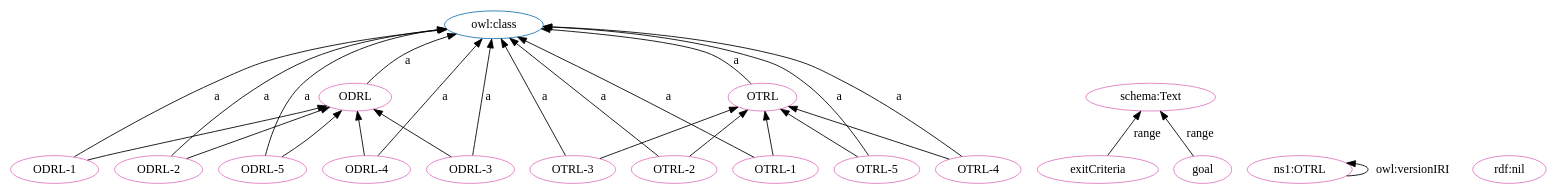
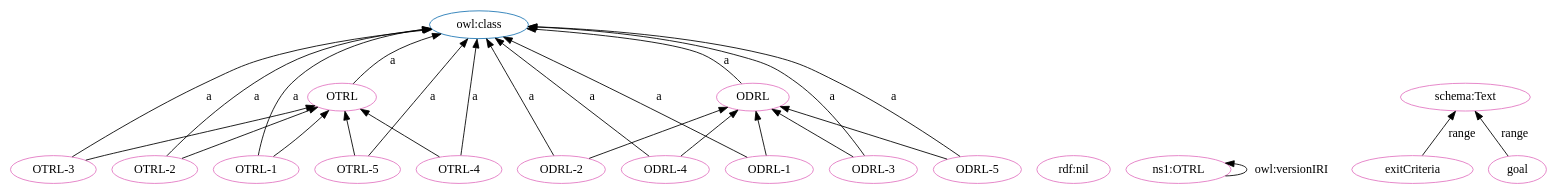
Before and after one commit to OPEN-NEXT/OKH-LOSH: the diagram in OTRL-clean.dot, drawn with Graphviz. The commit also changed other lines of this file and 15 other files, not shown here.

```diff
--- a/OTRL-clean.dot
+++ b/OTRL-clean.dot
@@ -1,49 +1,49 @@
 digraph G {
   rankdir=BT
   node[height=.3]
-"http://purl.org/oseg/ontologies/OTRL#ODRL" [fillcolor="#1f77b4" color="#1f77b4" label="ODRL"]
 "http://www.w3.org/2002/07/owl#class" [fillcolor="#1f77b4" color="#1f77b4" label="owl:class"]
 "http://purl.org/oseg/ontologies/OTRL#OTRL" [fillcolor="#1f77b4" color="#1f77b4" label="OTRL"]
-"http://schema.org/Text" [fillcolor="#e377c2" color="#e377c2" label="schema:Text"]
+"http://purl.org/oseg/ontologies/OTRL#ODRL" [fillcolor="#1f77b4" color="#1f77b4" label="ODRL"]
+"http://purl.org/oseg/ontologies/OTRL#ODRL" [fillcolor="#e377c2" color="#e377c2" label="ODRL"]
+"http://purl.org/oseg/ontologies/OTRL#OTRL" [fillcolor="#e377c2" color="#e377c2" label="OTRL"]
+"http://purl.org/oseg/ontologies/OTRL#ODRL-4" [fillcolor="#e377c2" color="#e377c2" label="ODRL-4"]
+"http://www.w3.org/1999/02/22-rdf-syntax-ns#nil" [fillcolor="#e377c2" color="#e377c2" label="rdf:nil"]
 "http://purl.org/oseg/ontologies/OTRL#OTRL-2" [fillcolor="#e377c2" color="#e377c2" label="OTRL-2"]
-"http://purl.org/oseg/ontologies/OTRL#exitCriteria" [fillcolor="#e377c2" color="#e377c2" label="exitCriteria"]
-"http://purl.org/oseg/ontologies/OTRL#OTRL" [fillcolor="#e377c2" color="#e377c2" label="OTRL"]
-"http://purl.org/oseg/ontologies/OTRL#ODRL" [fillcolor="#e377c2" color="#e377c2" label="ODRL"]
+"http://purl.org/oseg/ontologies/OTRL#OTRL-3" [fillcolor="#e377c2" color="#e377c2" label="OTRL-3"]
 "http://purl.org/oseg/ontologies/OTRL#ODRL-2" [fillcolor="#e377c2" color="#e377c2" label="ODRL-2"]
+"http://purl.org/oseg/ontologies/OTRL#OTRL-1" [fillcolor="#e377c2" color="#e377c2" label="OTRL-1"]
 "http://purl.org/oseg/ontologies/OTRL" [fillcolor="#e377c2" color="#e377c2" label="ns1:OTRL"]
-"http://www.w3.org/1999/02/22-rdf-syntax-ns#nil" [fillcolor="#e377c2" color="#e377c2" label="rdf:nil"]
-"http://purl.org/oseg/ontologies/OTRL#OTRL-3" [fillcolor="#e377c2" color="#e377c2" label="OTRL-3"]
-"http://purl.org/oseg/ontologies/OTRL#OTRL-1" [fillcolor="#e377c2" color="#e377c2" label="OTRL-1"]
 "http://purl.org/oseg/ontologies/OTRL#ODRL-1" [fillcolor="#e377c2" color="#e377c2" label="ODRL-1"]
 "http://purl.org/oseg/ontologies/OTRL#ODRL-5" [fillcolor="#e377c2" color="#e377c2" label="ODRL-5"]
-"http://purl.org/oseg/ontologies/OTRL#ODRL-3" [fillcolor="#e377c2" color="#e377c2" label="ODRL-3"]
+"http://purl.org/oseg/ontologies/OTRL#exitCriteria" [fillcolor="#e377c2" color="#e377c2" label="exitCriteria"]
+"http://schema.org/Text" [fillcolor="#e377c2" color="#e377c2" label="schema:Text"]
 "http://purl.org/oseg/ontologies/OTRL#goal" [fillcolor="#e377c2" color="#e377c2" label="goal"]
-"http://purl.org/oseg/ontologies/OTRL#ODRL-4" [fillcolor="#e377c2" color="#e377c2" label="ODRL-4"]
 "http://purl.org/oseg/ontologies/OTRL#OTRL-4" [fillcolor="#e377c2" color="#e377c2" label="OTRL-4"]
 "http://purl.org/oseg/ontologies/OTRL#OTRL-5" [fillcolor="#e377c2" color="#e377c2" label="OTRL-5"]
+"http://purl.org/oseg/ontologies/OTRL#ODRL-3" [fillcolor="#e377c2" color="#e377c2" label="ODRL-3"]
+  "http://purl.org/oseg/ontologies/OTRL#ODRL-5" -> "http://purl.org/oseg/ontologies/OTRL#ODRL" [label=""]
+  "http://purl.org/oseg/ontologies/OTRL#ODRL-4" -> "http://www.w3.org/2002/07/owl#class" [label="a"]
+  "http://purl.org/oseg/ontologies/OTRL#OTRL-3" -> "http://www.w3.org/2002/07/owl#class" [label="a"]
+  "http://purl.org/oseg/ontologies/OTRL#ODRL-3" -> "http://purl.org/oseg/ontologies/OTRL#ODRL" [label=""]
+  "http://purl.org/oseg/ontologies/OTRL" -> "http://purl.org/oseg/ontologies/OTRL" [label="owl:versionIRI"]
+  "http://purl.org/oseg/ontologies/OTRL#ODRL-4" -> "http://purl.org/oseg/ontologies/OTRL#ODRL" [label=""]
+  "http://purl.org/oseg/ontologies/OTRL#OTRL-2" -> "http://purl.org/oseg/ontologies/OTRL#OTRL" [label=""]
+  "http://purl.org/oseg/ontologies/OTRL#goal" -> "http://schema.org/Text" [label="range"]
+  "http://purl.org/oseg/ontologies/OTRL#OTRL-5" -> "http://www.w3.org/2002/07/owl#class" [label="a"]
+  "http://purl.org/oseg/ontologies/OTRL#OTRL-5" -> "http://purl.org/oseg/ontologies/OTRL#OTRL" [label=""]
+  "http://purl.org/oseg/ontologies/OTRL#ODRL" -> "http://www.w3.org/2002/07/owl#class" [label="a"]
+  "http://purl.org/oseg/ontologies/OTRL#OTRL" -> "http://www.w3.org/2002/07/owl#class" [label="a"]
   "http://purl.org/oseg/ontologies/OTRL#OTRL-2" -> "http://www.w3.org/2002/07/owl#class" [label="a"]
-  "http://purl.org/oseg/ontologies/OTRL#ODRL" -> "http://www.w3.org/2002/07/owl#class" [label="a"]
   "http://purl.org/oseg/ontologies/OTRL#ODRL-2" -> "http://www.w3.org/2002/07/owl#class" [label="a"]
+  "http://purl.org/oseg/ontologies/OTRL#OTRL-1" -> "http://www.w3.org/2002/07/owl#class" [label="a"]
   "http://purl.org/oseg/ontologies/OTRL#ODRL-1" -> "http://www.w3.org/2002/07/owl#class" [label="a"]
-  "http://purl.org/oseg/ontologies/OTRL#ODRL-4" -> "http://purl.org/oseg/ontologies/OTRL#ODRL" [label=""]
-  "http://purl.org/oseg/ontologies/OTRL#OTRL" -> "http://www.w3.org/2002/07/owl#class" [label="a"]
   "http://purl.org/oseg/ontologies/OTRL#ODRL-5" -> "http://www.w3.org/2002/07/owl#class" [label="a"]
+  "http://purl.org/oseg/ontologies/OTRL#ODRL-2" -> "http://purl.org/oseg/ontologies/OTRL#ODRL" [label=""]
   "http://purl.org/oseg/ontologies/OTRL#OTRL-3" -> "http://purl.org/oseg/ontologies/OTRL#OTRL" [label=""]
-  "http://purl.org/oseg/ontologies/OTRL#ODRL-2" -> "http://purl.org/oseg/ontologies/OTRL#ODRL" [label=""]
+  "http://purl.org/oseg/ontologies/OTRL#exitCriteria" -> "http://schema.org/Text" [label="range"]
   "http://purl.org/oseg/ontologies/OTRL#OTRL-1" -> "http://purl.org/oseg/ontologies/OTRL#OTRL" [label=""]
-  "http://purl.org/oseg/ontologies/OTRL#exitCriteria" -> "http://schema.org/Text" [label="range"]
-  "http://purl.org/oseg/ontologies/OTRL" -> "http://purl.org/oseg/ontologies/OTRL" [label="owl:versionIRI"]
-  "http://purl.org/oseg/ontologies/OTRL#OTRL-3" -> "http://www.w3.org/2002/07/owl#class" [label="a"]
-  "http://purl.org/oseg/ontologies/OTRL#OTRL-1" -> "http://www.w3.org/2002/07/owl#class" [label="a"]
-  "http://purl.org/oseg/ontologies/OTRL#ODRL-5" -> "http://purl.org/oseg/ontologies/OTRL#ODRL" [label=""]
-  "http://purl.org/oseg/ontologies/OTRL#OTRL-5" -> "http://purl.org/oseg/ontologies/OTRL#OTRL" [label=""]
-  "http://purl.org/oseg/ontologies/OTRL#OTRL-5" -> "http://www.w3.org/2002/07/owl#class" [label="a"]
-  "http://purl.org/oseg/ontologies/OTRL#OTRL-4" -> "http://purl.org/oseg/ontologies/OTRL#OTRL" [label=""]
-  "http://purl.org/oseg/ontologies/OTRL#OTRL-2" -> "http://purl.org/oseg/ontologies/OTRL#OTRL" [label=""]
+  "http://purl.org/oseg/ontologies/OTRL#OTRL-4" -> "http://www.w3.org/2002/07/owl#class" [label="a"]
   "http://purl.org/oseg/ontologies/OTRL#ODRL-1" -> "http://purl.org/oseg/ontologies/OTRL#ODRL" [label=""]
   "http://purl.org/oseg/ontologies/OTRL#ODRL-3" -> "http://www.w3.org/2002/07/owl#class" [label="a"]
-  "http://purl.org/oseg/ontologies/OTRL#goal" -> "http://schema.org/Text" [label="range"]
-  "http://purl.org/oseg/ontologies/OTRL#ODRL-4" -> "http://www.w3.org/2002/07/owl#class" [label="a"]
-  "http://purl.org/oseg/ontologies/OTRL#OTRL-4" -> "http://www.w3.org/2002/07/owl#class" [label="a"]
-  "http://purl.org/oseg/ontologies/OTRL#ODRL-3" -> "http://purl.org/oseg/ontologies/OTRL#ODRL" [label=""]
+  "http://purl.org/oseg/ontologies/OTRL#OTRL-4" -> "http://purl.org/oseg/ontologies/OTRL#OTRL" [label=""]
 }
```
